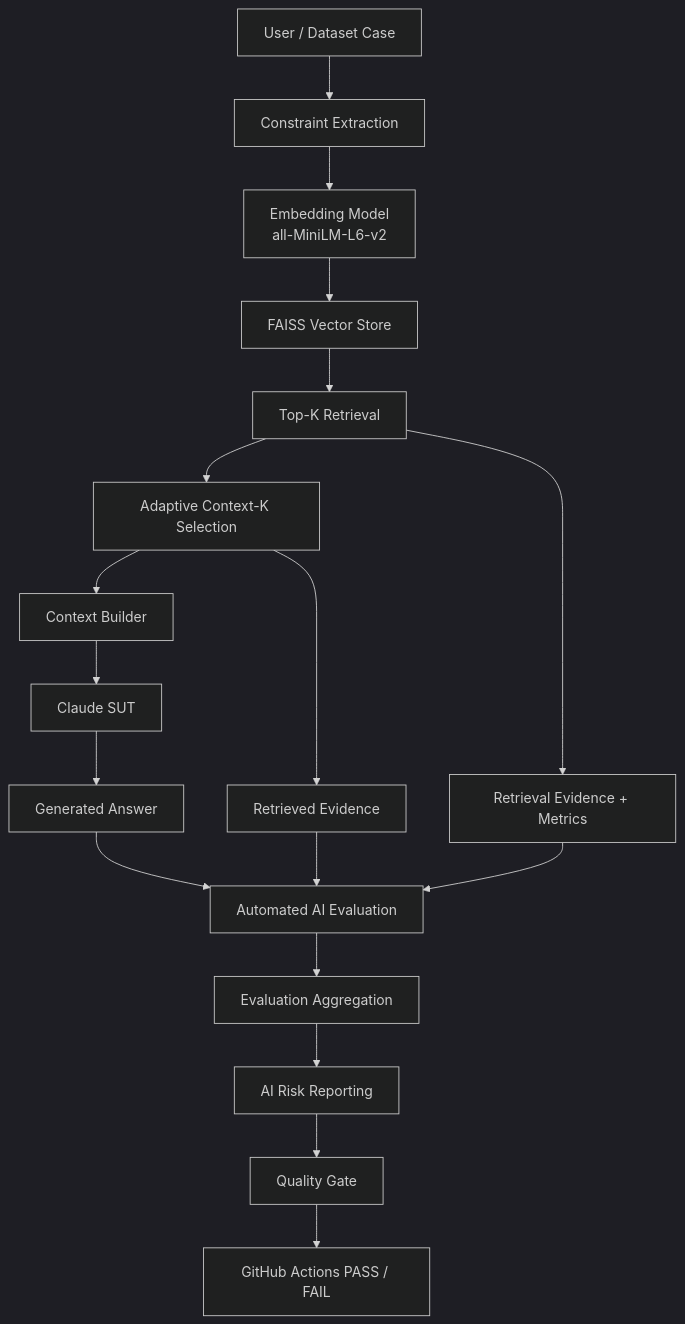
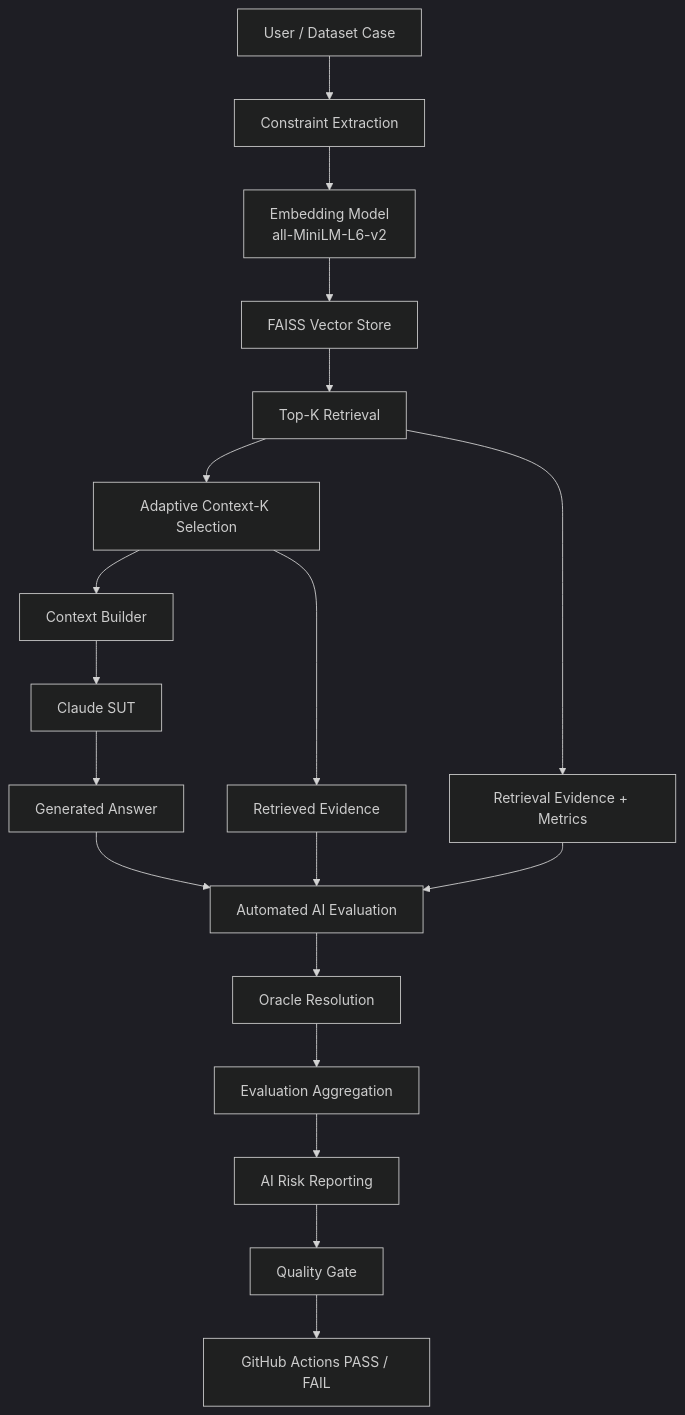
Before and after one commit to oleksandrserhieiev-beep/ai-qe-lab: the first of 7 diagrams in docs/architecture.md, drawn with Mermaid (dark theme). The commit also changed other lines of this file, not shown here.

Commit message:
Update architecture with oracle fallback

````diff
--- a/docs/architecture.md
+++ b/docs/architecture.md
@@ -11,22 +11,23 @@
 ```mermaid
 flowchart TD
     U[User / Dataset Case] --> C[Constraint Extraction]
     C --> E[Embedding Model\nall-MiniLM-L6-v2]
     E --> V[FAISS Vector Store]
     V --> R[Top-K Retrieval]
     R --> AK[Adaptive Context-K Selection]
     AK --> B[Context Builder]
     B --> S[Claude SUT]
     S --> A[Generated Answer]
 
     R --> RM[Retrieval Evidence + Metrics]
     AK --> EV[Retrieved Evidence]
     A --> AE[Automated AI Evaluation]
     RM --> AE
     EV --> AE
 
-    AE --> AGG[Evaluation Aggregation]
+    AE --> OR[Oracle Resolution]
+    OR --> AGG[Evaluation Aggregation]
     AGG --> RR[AI Risk Reporting]
     RR --> G[Quality Gate]
     G --> CI[GitHub Actions PASS / FAIL]
 ```
````
